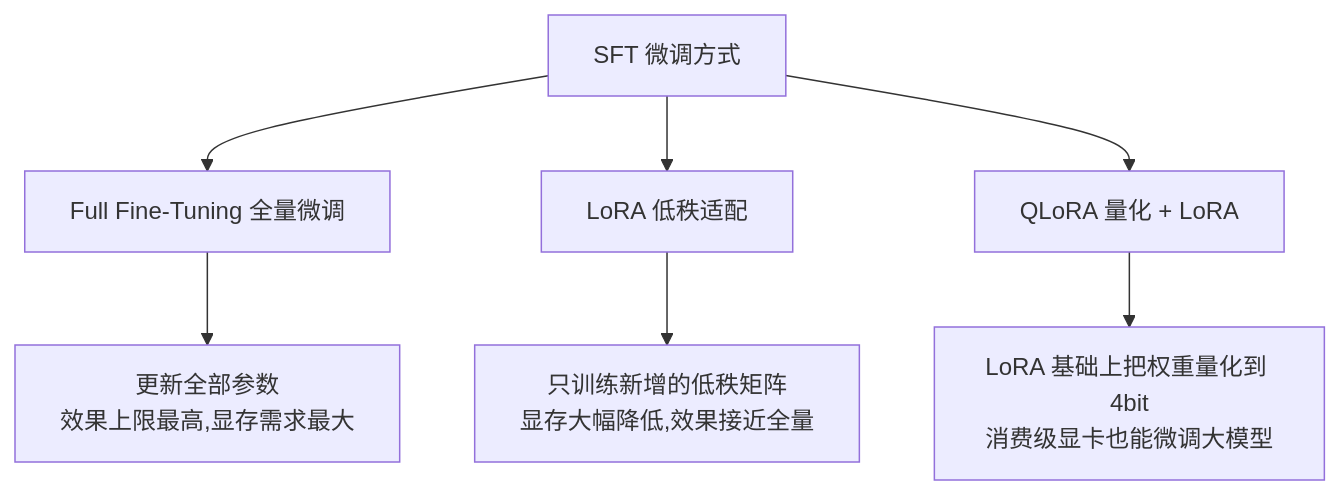
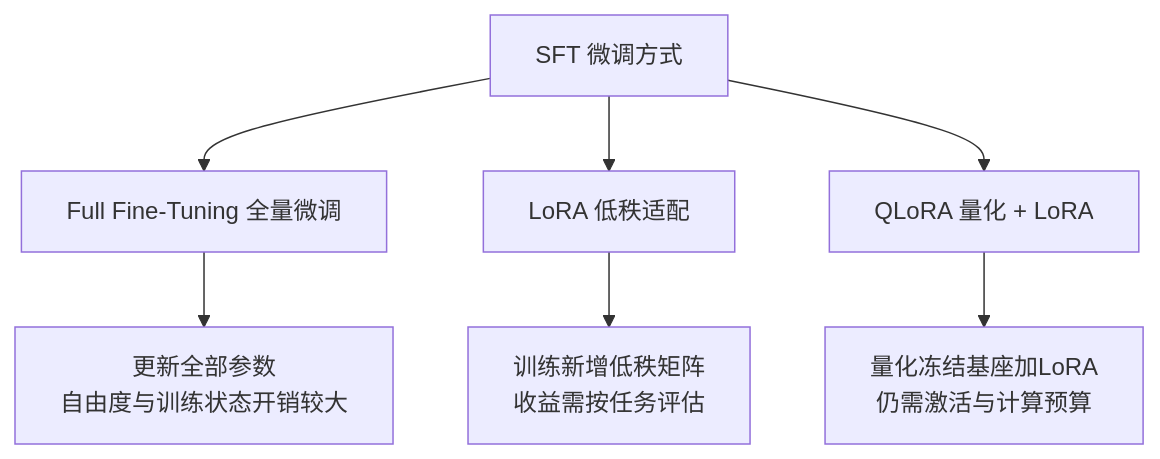
One commit to AI-learning-simple/Build-Your-Own-LLM changed the third of 3 diagrams in 2. Alignment 与训练工程/4. SFT——模型如何学会理解人类指令.md. Above: the diagram before and after it, drawn with Mermaid. The commit also changed other lines of this file and 27 other files, not shown here.

````diff
--- a/2. Alignment 与训练工程/4. SFT——模型如何学会理解人类指令.md
+++ b/2. Alignment 与训练工程/4. SFT——模型如何学会理解人类指令.md
@@ -134,9 +135,9 @@
 ```mermaid
 flowchart TD
     A[SFT 微调方式] --> B[Full Fine-Tuning 全量微调]
     A --> C[LoRA 低秩适配]
     A --> D[QLoRA 量化 + LoRA]
-    B --> E["更新全部参数<br/>效果上限最高,显存需求最大"]
-    C --> F["只训练新增的低秩矩阵<br/>显存大幅降低,效果接近全量"]
-    D --> G["LoRA 基础上把权重量化到 4bit<br/>消费级显卡也能微调大模型"]
+    B --> E["更新全部参数<br/>自由度与训练状态开销较大"]
+    C --> F["训练新增低秩矩阵<br/>收益需按任务评估"]
+    D --> G["量化冻结基座加LoRA<br/>仍需激活与计算预算"]
 ```
````
